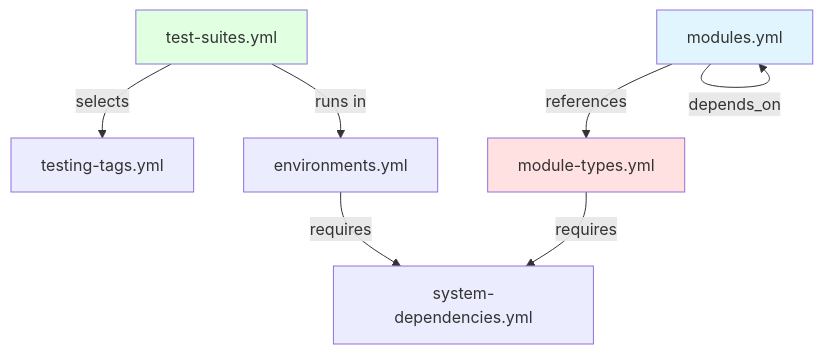
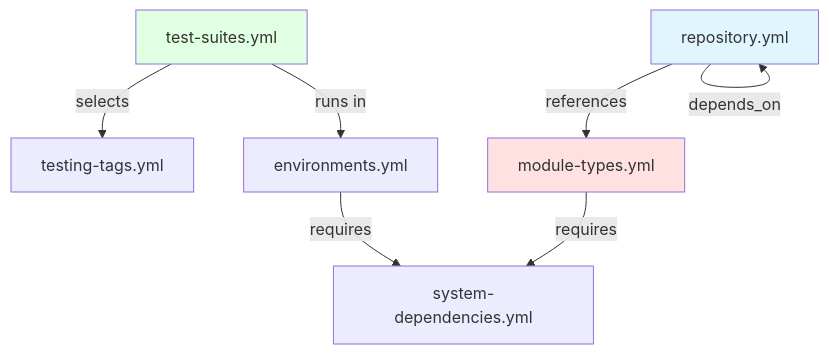
One commit to ready-to-release/eac changed the diagram in docs/reference/r2r-eac/contracts.md. Above: the diagram before and after it, drawn with Mermaid. The commit also changed other lines of this file and 40 other files, not shown here.

````diff
--- a/docs/reference/r2r-eac/contracts.md
+++ b/docs/reference/r2r-eac/contracts.md
@@ -391,13 +391,13 @@
 ```mermaid
 graph TB
-    Modules[modules.yml] -->|references| Types[module-types.yml]
+    Modules[repository.yml] -->|references| Types[module-types.yml]
     Modules -->|depends_on| Modules
     Types -->|requires| SysDeps[system-dependencies.yml]
     Suites[test-suites.yml] -->|selects| Tags[testing-tags.yml]
     Suites -->|runs in| Envs[environments.yml]
     Envs -->|requires| SysDeps
 
     style Modules fill:#e1f5ff
     style Types fill:#ffe1e1
     style Suites fill:#e1ffe1
 ```
````
